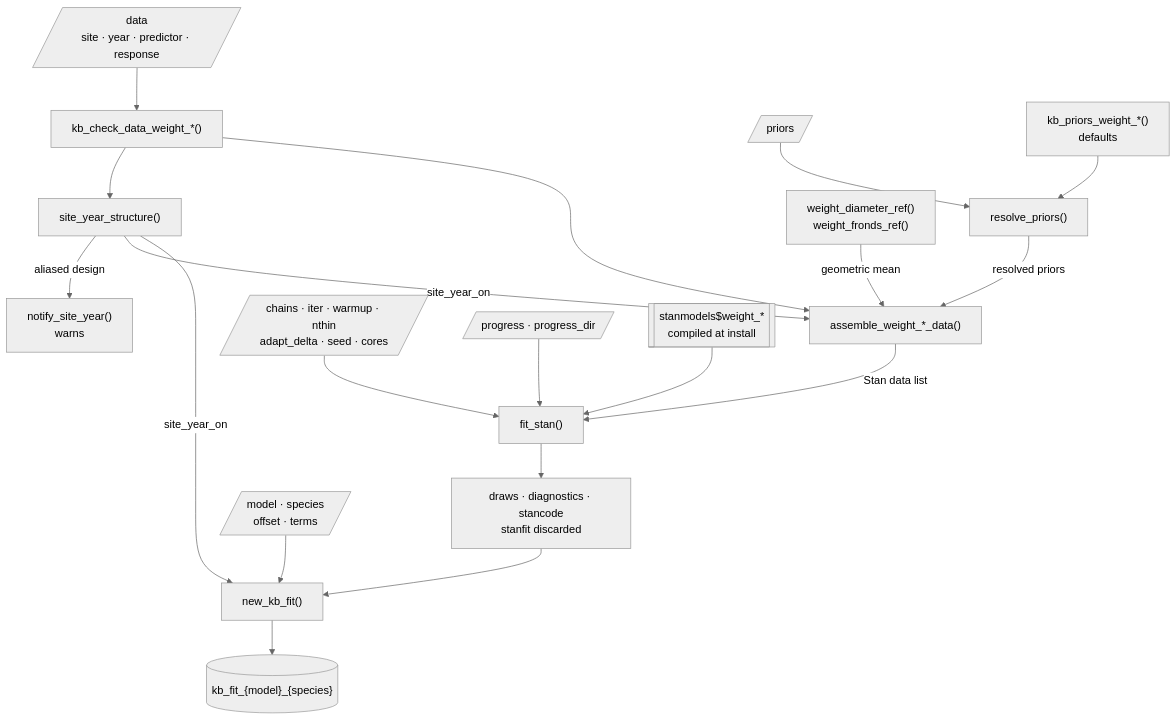
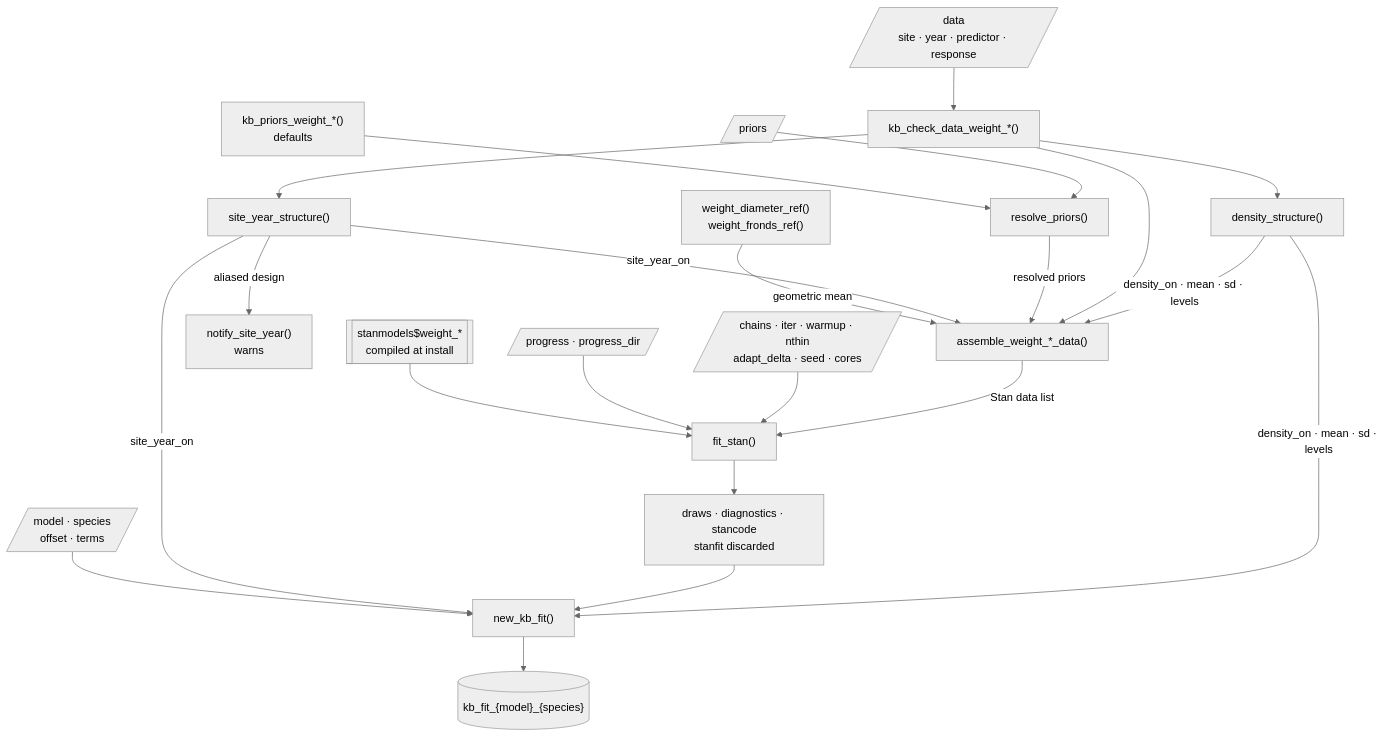
Before and after one commit to HakaiInstitute/kelpbio: the second of 6 diagrams in decisions/architecture.md, drawn with Mermaid (neutral theme). The commit also changed other lines of this file and 80 other files, not shown here.

````diff
--- a/decisions/architecture.md
+++ b/decisions/architecture.md
@@ -105,21 +105,24 @@
 ```mermaid
 flowchart TD
     DATA[/"data<br/>site · year · predictor · response"/] --> CHKD["kb_check_data_weight_*()"]
     PRI[/"priors"/] --> RP["resolve_priors()"]
     DEF["kb_priors_weight_*()<br/>defaults"] --> RP
     CHKD --> SYS["site_year_structure()"]
+    CHKD --> DS["density_structure()"]
+    DS -->|"density_on · mean · sd · levels"| ASM
+    DS -->|"density_on · mean · sd · levels"| CTOR
     SYS -->|"aliased design"| NOTE["notify_site_year()<br/>warns"]
     CHKD --> ASM["assemble_weight_*_data()"]
     RP -->|"resolved priors"| ASM
     SYS -->|"site_year_on"| ASM
     REF["weight_diameter_ref()<br/>weight_fronds_ref()"] -->|"geometric mean"| ASM
     ASM -->|"Stan data list"| FS["fit_stan()"]
     SARG[/"chains · iter · warmup · nthin<br/>adapt_delta · seed · cores"/] --> FS
     PROG[/"progress · progress_dir"/] --> FS
     SM[["stanmodels$weight_*<br/>compiled at install"]] --> FS
     FS --> CORE["draws · diagnostics · stancode<br/>stanfit discarded"]
     CORE --> CTOR["new_kb_fit()"]
     SYS -->|"site_year_on"| CTOR
     DECL[/"model · species<br/>offset · terms"/] --> CTOR
     CTOR --> OBJ[("kb_fit_{model}_{species}")]
 ```
````
